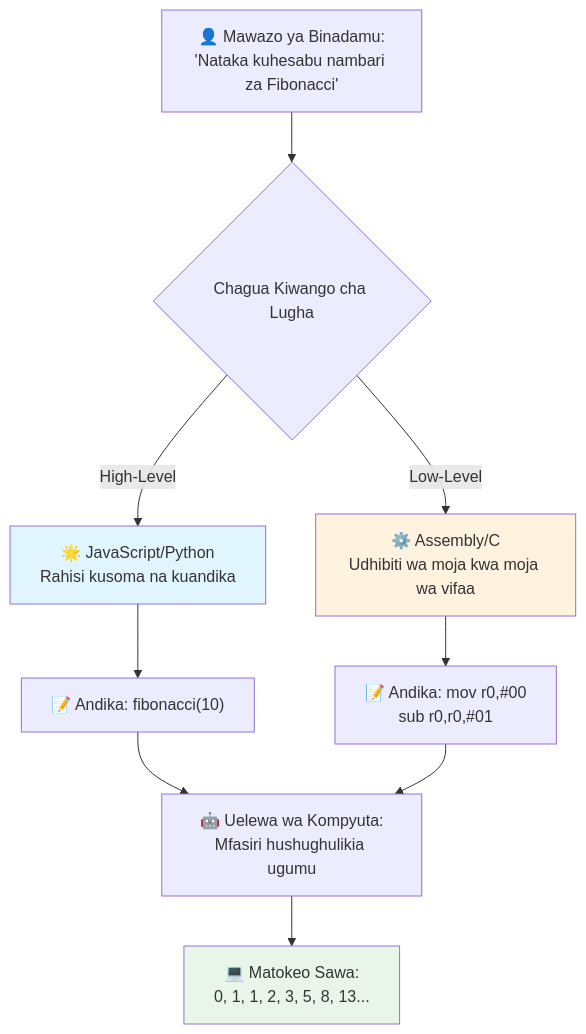
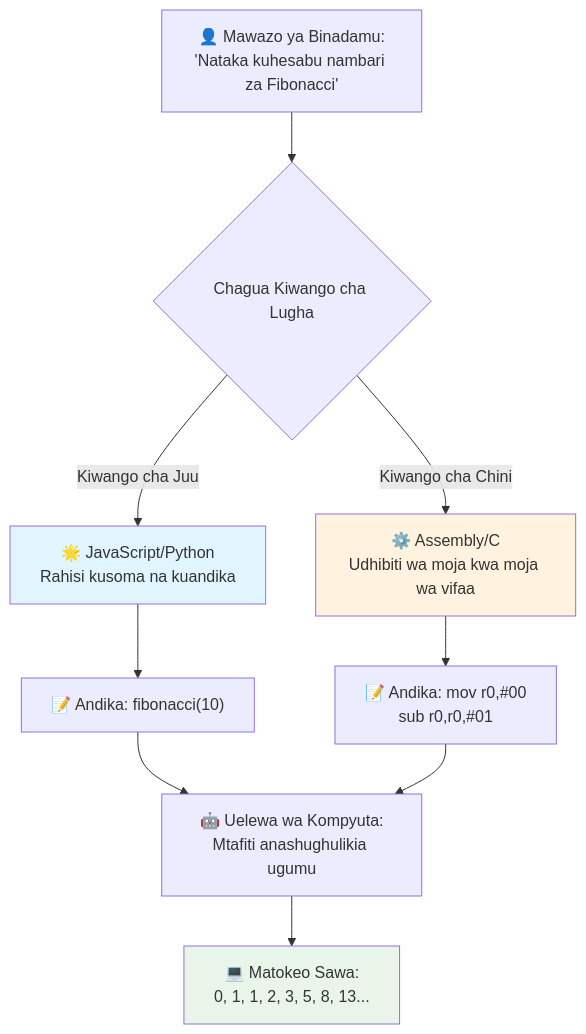
One commit to microsoft/Web-Dev-For-Beginners changed the third of 7 diagrams in translations/sw/1-getting-started-lessons/1-intro-to-programming-languages/README.md. Above: the diagram before and after it, drawn with Mermaid. The commit also changed other lines of this file and 11 other files, not shown here.

````diff
--- a/translations/sw/1-getting-started-lessons/1-intro-to-programming-languages/README.md
+++ b/translations/sw/1-getting-started-lessons/1-intro-to-programming-languages/README.md
@@ -148,19 +148,19 @@
 ```mermaid
 flowchart TB
     A["👤 Mawazo ya Binadamu:<br/>'Nataka kuhesabu nambari za Fibonacci'"] --> B{Chagua Kiwango cha Lugha}
     
-    B -->|High-Level| C["🌟 JavaScript/Python<br/>Rahisi kusoma na kuandika"]
-    B -->|Low-Level| D["⚙️ Assembly/C<br/>Udhibiti wa moja kwa moja wa vifaa"]
+    B -->|Kiwango cha Juu| C["🌟 JavaScript/Python<br/>Rahisi kusoma na kuandika"]
+    B -->|Kiwango cha Chini| D["⚙️ Assembly/C<br/>Udhibiti wa moja kwa moja wa vifaa"]
     
     C --> E["📝 Andika: fibonacci(10)"]
     D --> F["📝 Andika: mov r0,#00<br/>sub r0,r0,#01"]
     
-    E --> G["🤖 Uelewa wa Kompyuta:<br/>Mfasiri hushughulikia ugumu"]
+    E --> G["🤖 Uelewa wa Kompyuta:<br/>Mtafiti anashughulikia ugumu"]
     F --> G
     
     G --> H["💻 Matokeo Sawa:<br/>0, 1, 1, 2, 3, 5, 8, 13..."]
     
     style C fill:#e1f5fe
     style D fill:#fff3e0
     style H fill:#e8f5e8
 ```
````
